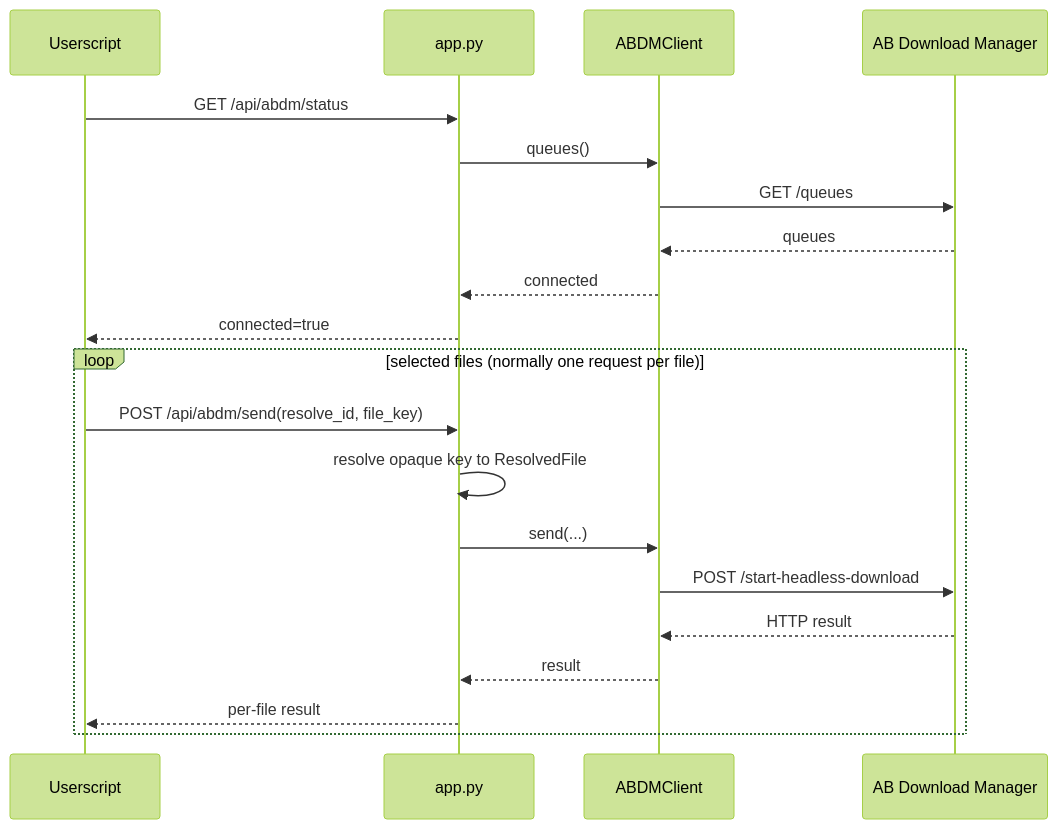
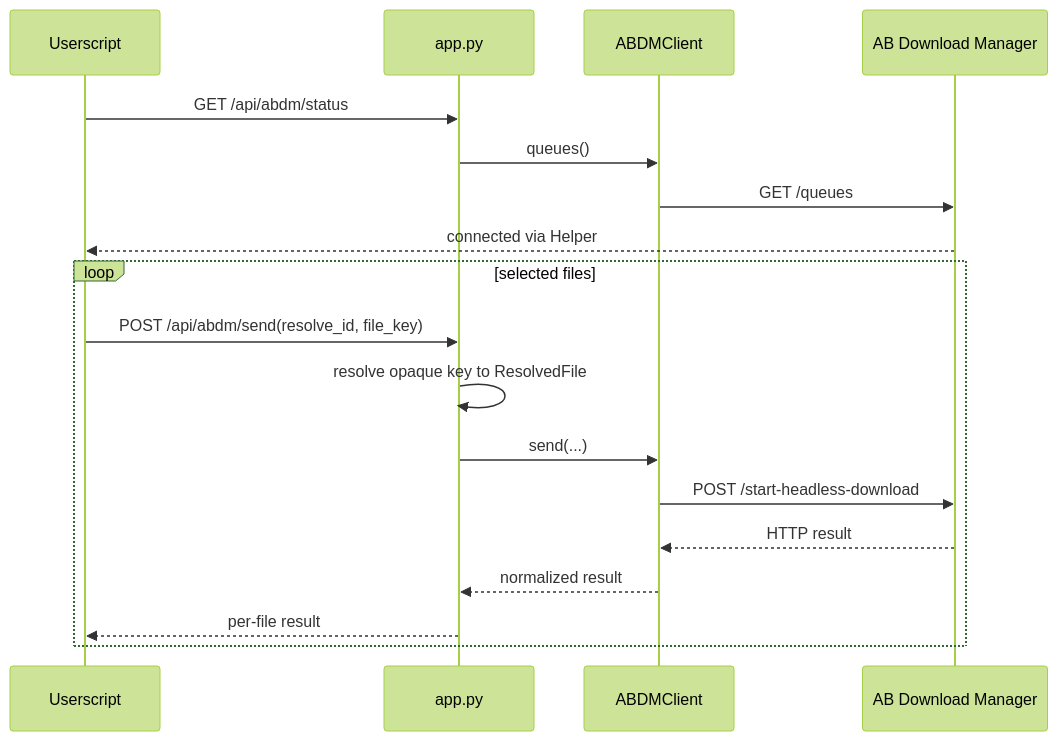
Before and after one commit to Hoyomaru/gofile-abdm-helper: the fifth of 5 diagrams in docs/ARCHITECTURE.md, drawn with Mermaid (forest theme). The commit also changed other lines of this file, not shown here.

Commit message:
docs: align architecture guide with v1.0.0

````diff
--- a/docs/ARCHITECTURE.md
+++ b/docs/ARCHITECTURE.md
@@ -130,24 +136,22 @@
 ```mermaid
 sequenceDiagram
     participant S as Userscript
     participant H as app.py
     participant A as ABDMClient
     participant D as AB Download Manager
 
     S->>H: GET /api/abdm/status
     H->>A: queues()
     A->>D: GET /queues
-    D-->>A: queues
-    A-->>H: connected
-    H-->>S: connected=true
+    D-->>S: connected via Helper
 
-    loop selected files (normally one request per file)
+    loop selected files
       S->>H: POST /api/abdm/send(resolve_id, file_key)
       H->>H: resolve opaque key to ResolvedFile
       H->>A: send(...)
       A->>D: POST /start-headless-download
       D-->>A: HTTP result
-      A-->>H: result
+      A-->>H: normalized result
       H-->>S: per-file result
     end
 ```
````
